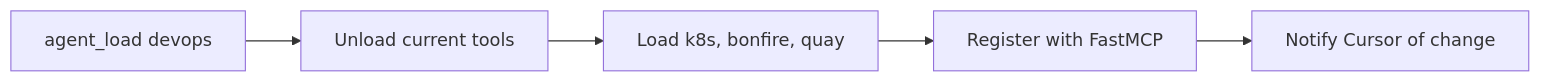
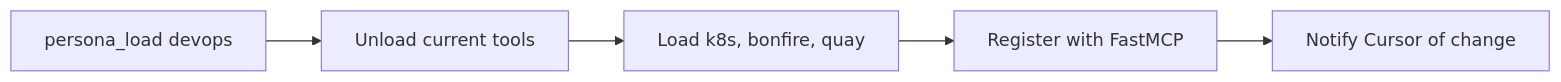
One commit to dmzoneill/redhat-ai-workflow changed the diagram in docs/tool-modules/common.md. Above: the diagram before and after it, drawn with Mermaid. The commit also changed other lines of this file and 2433 other files, not shown here.

````diff
--- a/docs/tool-modules/common.md
+++ b/docs/tool-modules/common.md
@@ -92,7 +94,7 @@
 ```mermaid
 graph LR
-    A[agent_load devops] --> B[Unload current tools]
+    A[persona_load devops] --> B[Unload current tools]
     B --> C[Load k8s, bonfire, quay]
     C --> D[Register with FastMCP]
     D --> E[Notify Cursor of change]
 ```
````
